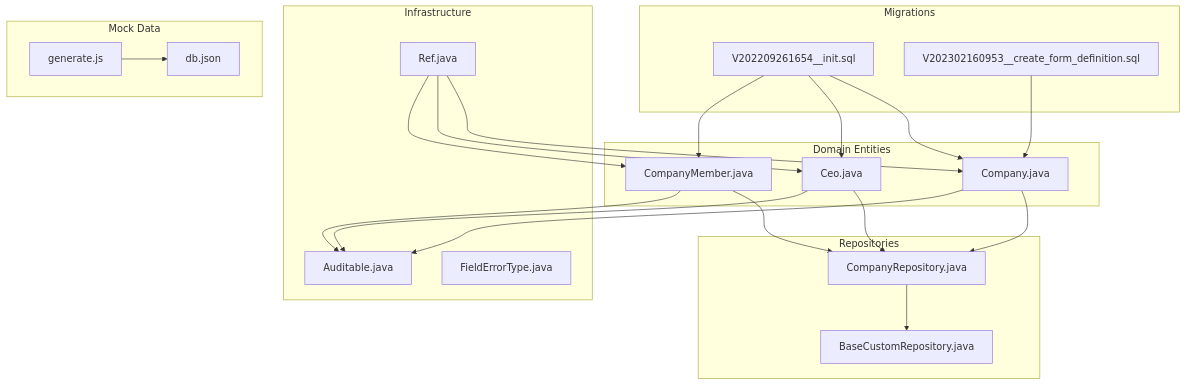
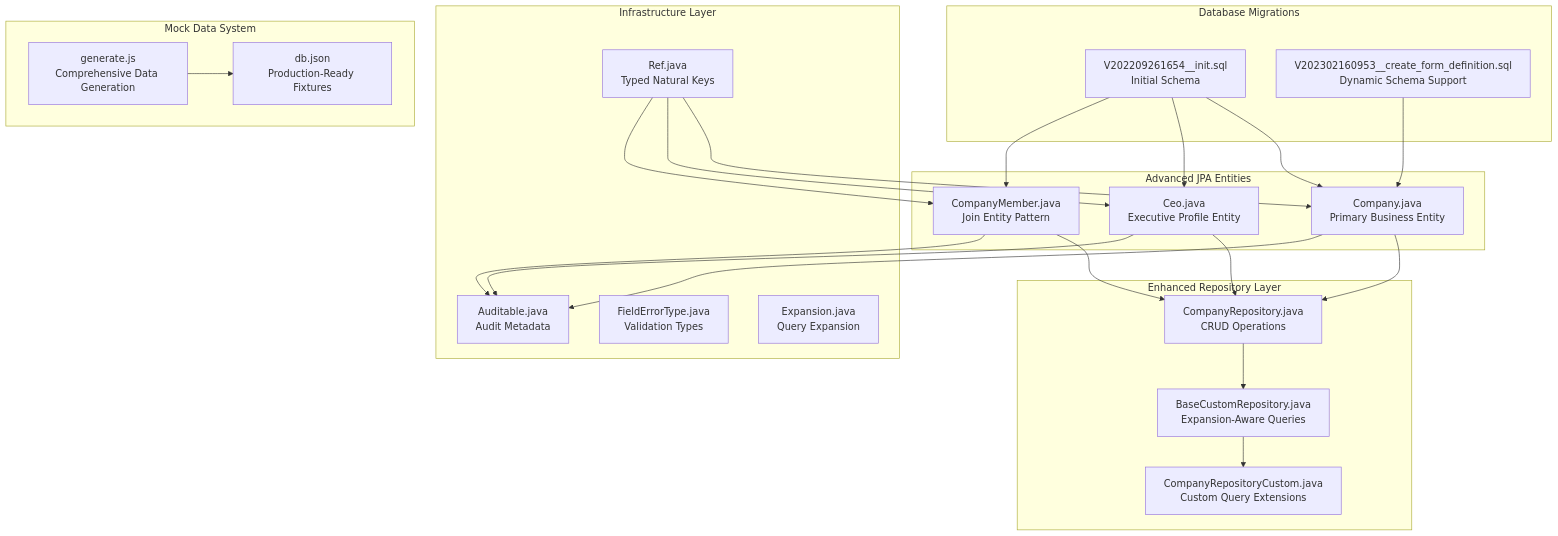
The first of 11 diagrams in .qoder/repowiki/en/content/Data Management.md (effinrich/rh-nx-monorepo), drawn with Mermaid before and after one commit. The commit also changed other lines of this file and 130 other files, not shown here.

````diff
--- a/.qoder/repowiki/en/content/Data Management.md
+++ b/.qoder/repowiki/en/content/Data Management.md
@@ -46,40 +51,43 @@
 ```mermaid
 graph TB
-subgraph "Migrations"
-M1["V202209261654__init.sql"]
-M2["V202302160953__create_form_definition.sql"]
+subgraph "Database Migrations"
+M1["V202209261654__init.sql<br/>Initial Schema"]
+M2["V202302160953__create_form_definition.sql<br/>Dynamic Schema Support"]
 end
-subgraph "Domain Entities"
-E1["Company.java"]
-E2["Ceo.java"]
-E3["CompanyMember.java"]
+subgraph "Advanced JPA Entities"
+E1["Company.java<br/>Primary Business Entity"]
+E2["Ceo.java<br/>Executive Profile Entity"]
+E3["CompanyMember.java<br/>Join Entity Pattern"]
 end
-subgraph "Repositories"
-R1["CompanyRepository.java"]
-R2["BaseCustomRepository.java"]
+subgraph "Enhanced Repository Layer"
+R1["CompanyRepository.java<br/>CRUD Operations"]
+R2["BaseCustomRepository.java<br/>Expansion-Aware Queries"]
+R3["CompanyRepositoryCustom.java<br/>Custom Query Extensions"]
 end
-subgraph "Infrastructure"
-A1["Auditable.java"]
-A2["Ref.java"]
-A3["FieldErrorType.java"]
+subgraph "Infrastructure Layer"
+A1["Auditable.java<br/>Audit Metadata"]
+A2["Ref.java<br/>Typed Natural Keys"]
+A3["FieldErrorType.java<br/>Validation Types"]
+A4["Expansion.java<br/>Query Expansion"]
 end
-subgraph "Mock Data"
-D1["generate.js"]
-D2["db.json"]
+subgraph "Mock Data System"
+D1["generate.js<br/>Comprehensive Data Generation"]
+D2["db.json<br/>Production-Ready Fixtures"]
 end
 M1 --> E1
 M1 --> E2
 M1 --> E3
 M2 --> E1
 E1 --> R1
 E2 --> R1
 E3 --> R1
 R1 --> R2
+R2 --> R3
 E1 --> A1
 E2 --> A1
 E3 --> A1
 A2 --> E1
 A2 --> E2
 A2 --> E3
 D1 --> D2
 ```
````
